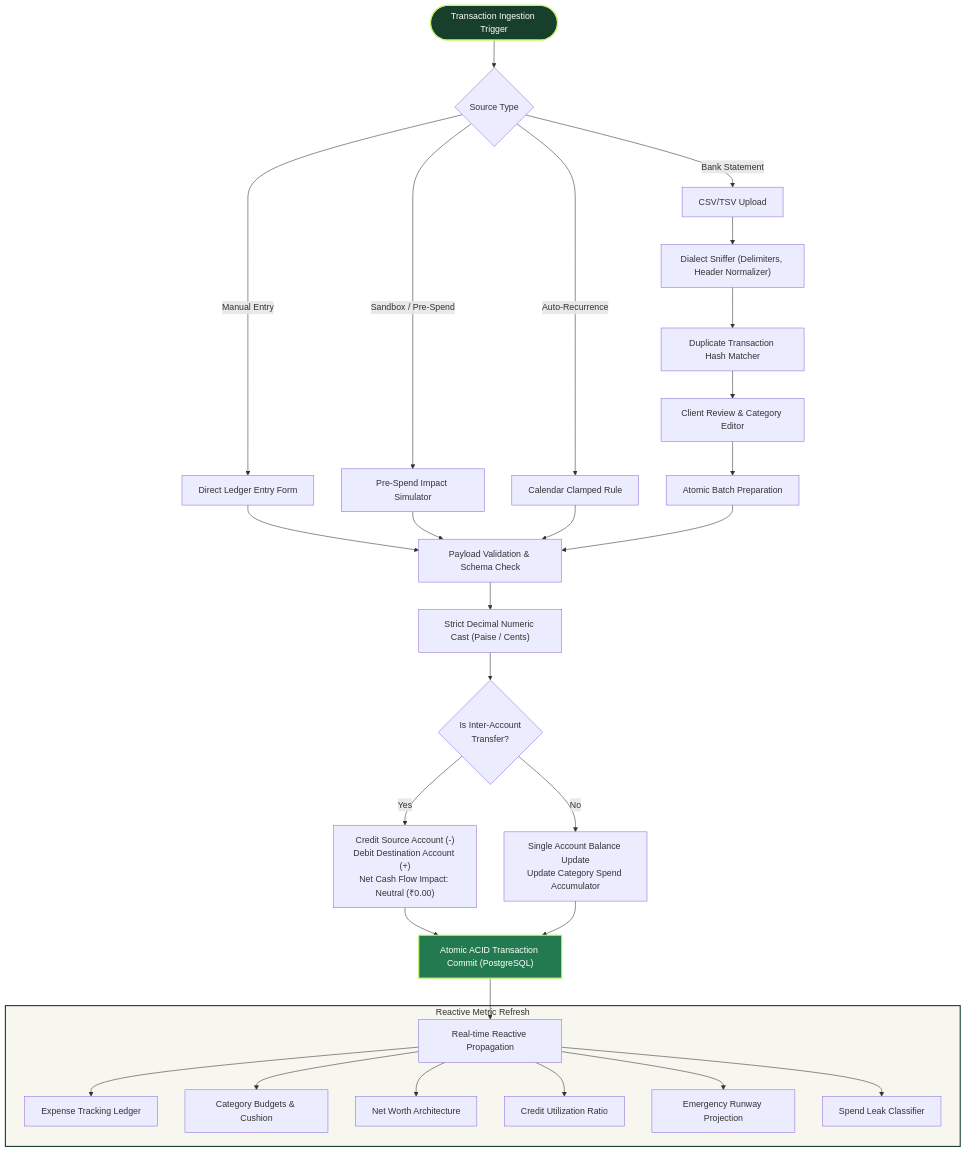
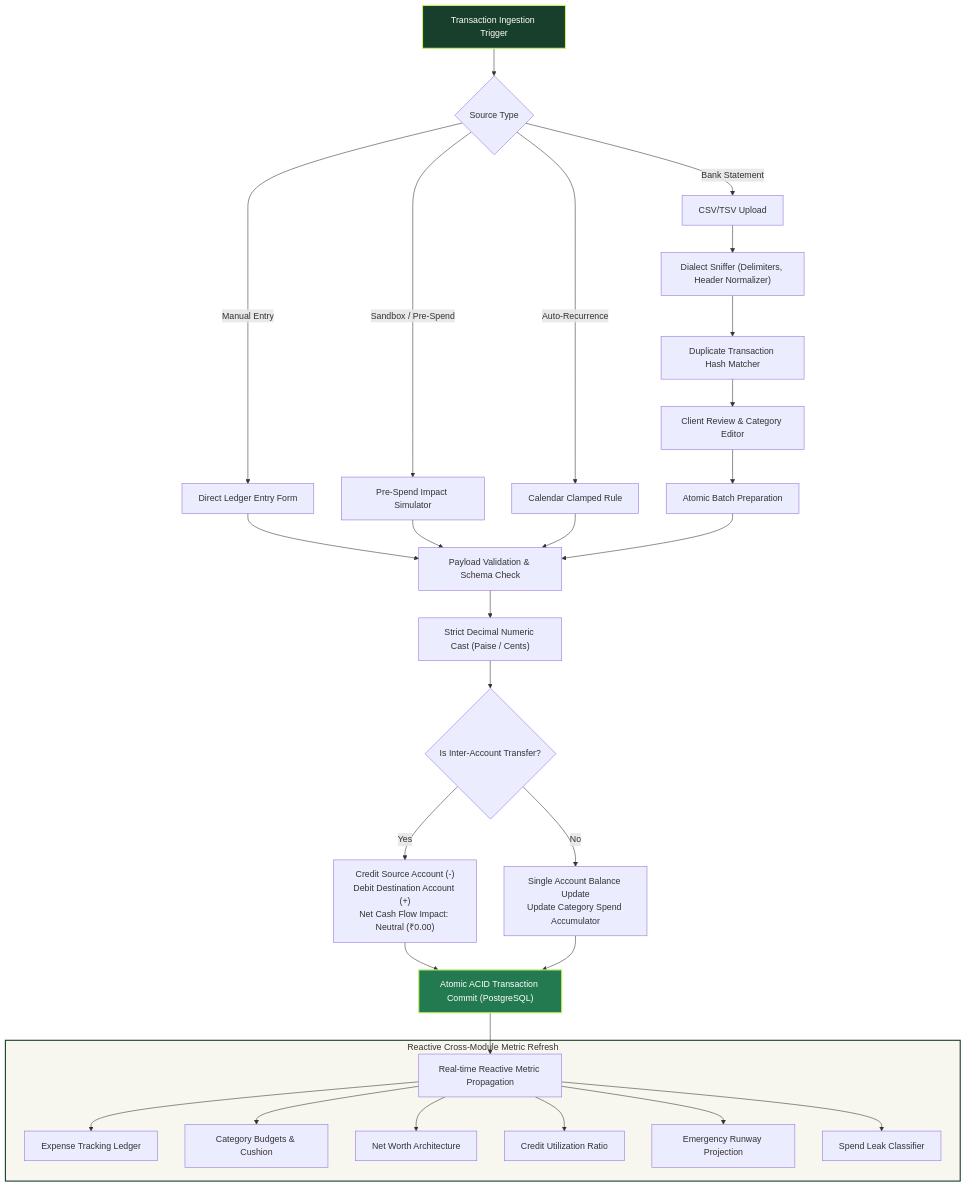
The second of 4 diagrams in README.md (nikhillakra2007-tech/finroq), drawn with Mermaid before and after one commit. The commit also changed other lines of this file and 6 other files, not shown here.

Commit message:
DOCS(ARCHITECTURE): RESOLVE GITHUB MERMAID PARSER SYNTAX, REFRESH PURE APPLICATION SCREENSHOT EXHIBITS, AND STANDARDIZE TELEMETRY SPECIFICATION

````diff
--- a/README.md
+++ b/README.md
@@ -152,43 +152,43 @@
 ```mermaid
 flowchart TD
-    START(["Transaction Ingestion Trigger"]) --> SRC{Source Type}
+    START["Transaction Ingestion Trigger"] --> SRC{"Source Type"}
     
     SRC -- "Bank Statement" --> CSV["CSV/TSV Upload"]
     SRC -- "Manual Entry" --> MANUAL["Direct Ledger Entry Form"]
     SRC -- "Sandbox / Pre-Spend" --> SIM["Pre-Spend Impact Simulator"]
     SRC -- "Auto-Recurrence" --> REC["Calendar Clamped Rule"]
     
     CSV --> SNIFF["Dialect Sniffer (Delimiters, Header Normalizer)"]
     SNIFF --> DEDUP["Duplicate Transaction Hash Matcher"]
     DEDUP --> PREVIEW["Client Review & Category Editor"]
     PREVIEW --> BATCH["Atomic Batch Preparation"]
     
     MANUAL --> VALID["Payload Validation & Schema Check"]
     SIM --> VALID
     REC --> VALID
     BATCH --> VALID
     
     VALID --> CAST["Strict Decimal Numeric Cast (Paise / Cents)"]
-    CAST --> IS_TFR{Is Inter-Account\nTransfer?}
+    CAST --> IS_TFR{"Is Inter-Account Transfer?"}
     
-    IS_TFR -- Yes --> TFR_LOGIC["Credit Source Account (-)\nDebit Destination Account (+)\nNet Cash Flow Impact: Neutral (₹0.00)"]
-    IS_TFR -- No --> DIR_LOGIC["Single Account Balance Update\nUpdate Category Spend Accumulator"]
+    IS_TFR -- "Yes" --> TFR_LOGIC["Credit Source Account (-)<br/>Debit Destination Account (+)<br/>Net Cash Flow Impact: Neutral (₹0.00)"]
+    IS_TFR -- "No" --> DIR_LOGIC["Single Account Balance Update<br/>Update Category Spend Accumulator"]
     
     TFR_LOGIC --> COMMIT["Atomic ACID Transaction Commit (PostgreSQL)"]
     DIR_LOGIC --> COMMIT
     
-    COMMIT --> RECALC["Real-time Reactive Propagation"]
+    COMMIT --> RECALC["Real-time Reactive Metric Propagation"]
     
-    subgraph MODULES["Reactive Metric Refresh"]
+    subgraph MODULES["Reactive Cross-Module Metric Refresh"]
         RECALC --> M1["Expense Tracking Ledger"]
         RECALC --> M2["Category Budgets & Cushion"]
         RECALC --> M3["Net Worth Architecture"]
         RECALC --> M4["Credit Utilization Ratio"]
         RECALC --> M5["Emergency Runway Projection"]
         RECALC --> M6["Spend Leak Classifier"]
     end
 
     style START fill:#173F2B,stroke:#C7F36B,color:#FFFFFF,stroke-width:2px;
     style COMMIT fill:#247A50,stroke:#C7F36B,color:#FFFFFF,stroke-width:2px;
     style MODULES fill:#F7F7F0,stroke:#173F2B,stroke-width:2px;
 ```
````
